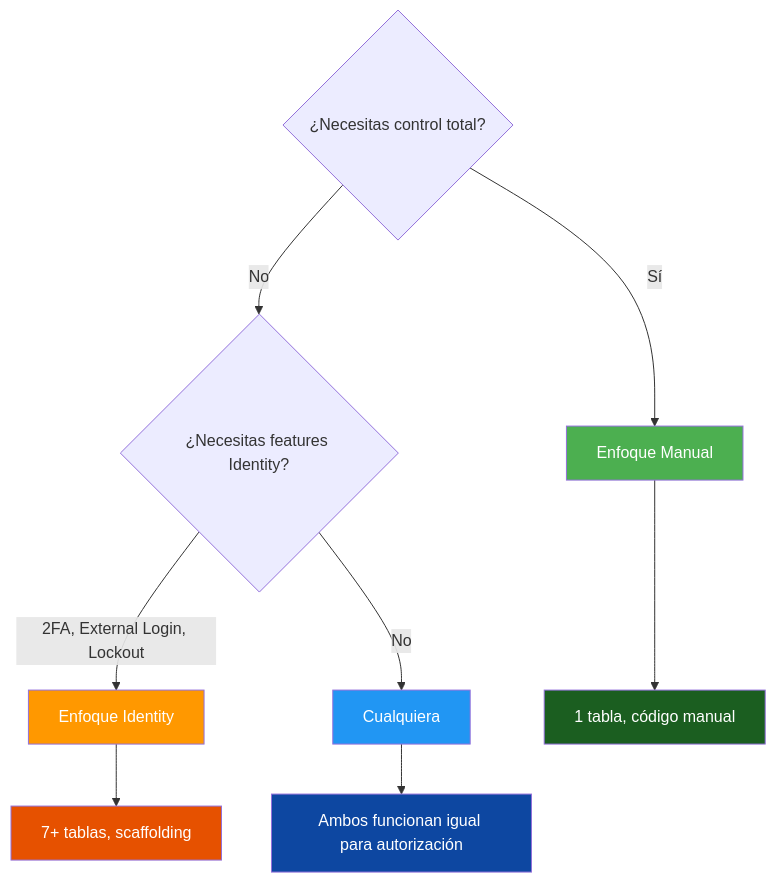
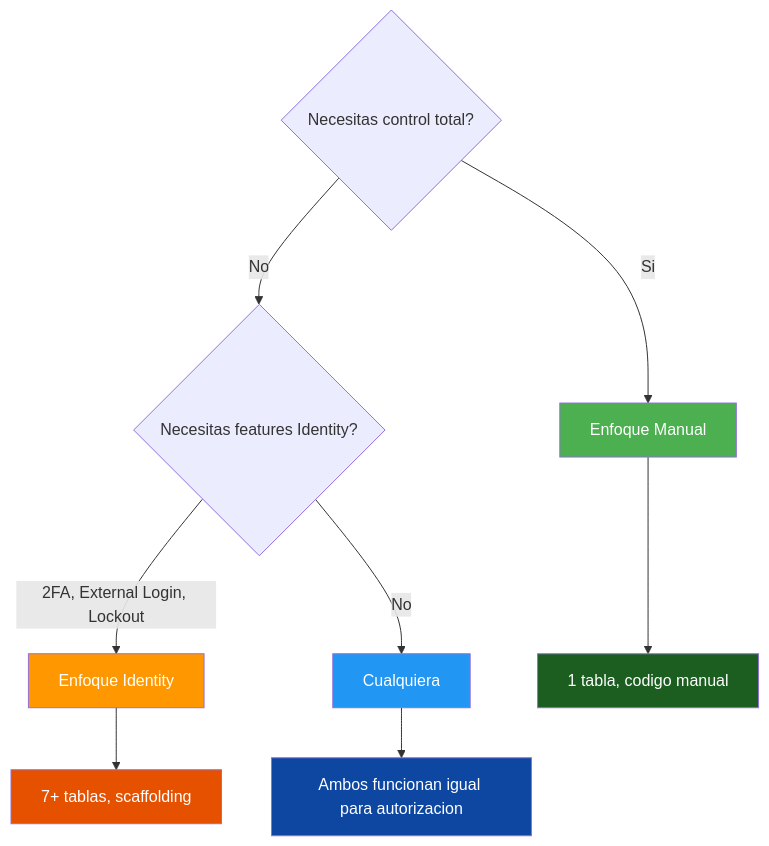
Before and after one commit to joseluisgs/DesarrolloWebEntornosServidor-02-2026-2027: the eighth of 9 diagrams in 17-autorizacion.md, drawn with Mermaid. The commit also changed other lines of this file and 1 other file, not shown here.

First line of the commit message:
[fix] UD02: Temas 16 y 17 reescritos con Mermaid corregido y texto explicativo

````diff
--- a/17-autorizacion.md
+++ b/17-autorizacion.md
@@ -1012,18 +1071,18 @@
 ```mermaid
 flowchart TD
-    A{"¿Necesitas control total?"} -->|Sí| B["Enfoque Manual"]
-    A -->|No| C{"¿Necesitas features Identity?"}
-    C -->|"2FA, External Login, Lockout"| D["Enfoque Identity"]
+    A{"Necesitas control total?"} -->|Si| B["Enfoque Manual"]
+    A -->|No| C{"Necesitas features Identity?"}
+    C -->|2FA, External Login, Lockout| D["Enfoque Identity"]
     C -->|No| E["Cualquiera"]
 
-    B --> F["1 tabla, código manual"]
+    B --> F["1 tabla, codigo manual"]
     D --> G["7+ tablas, scaffolding"]
-    E --> H["Ambos funcionan igual para autorización"]
+    E --> H["Ambos funcionan igual para autorizacion"]
 
     style B fill:#4CAF50,color:#fff
     style D fill:#FF9800,color:#fff
     style E fill:#2196F3,color:#fff
     style F fill:#1B5E20,color:#fff
     style G fill:#E65100,color:#fff
     style H fill:#0D47A1,color:#fff
 ```
````
